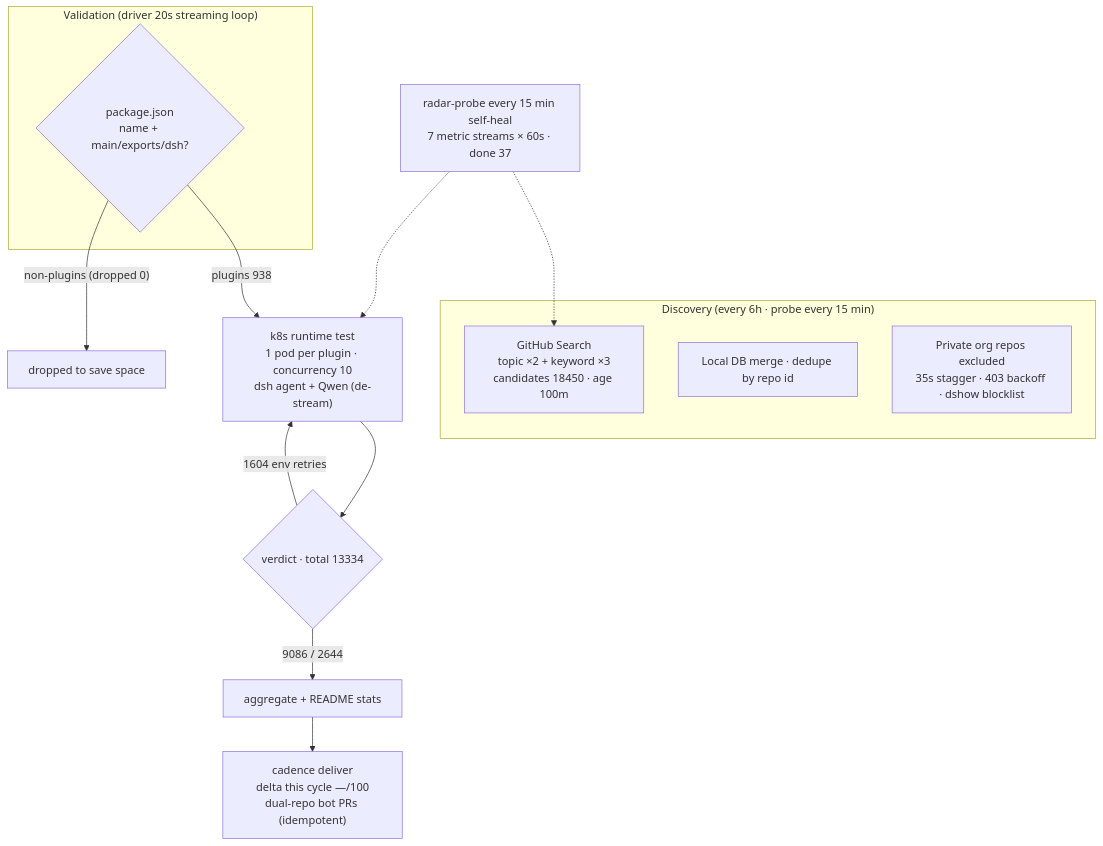
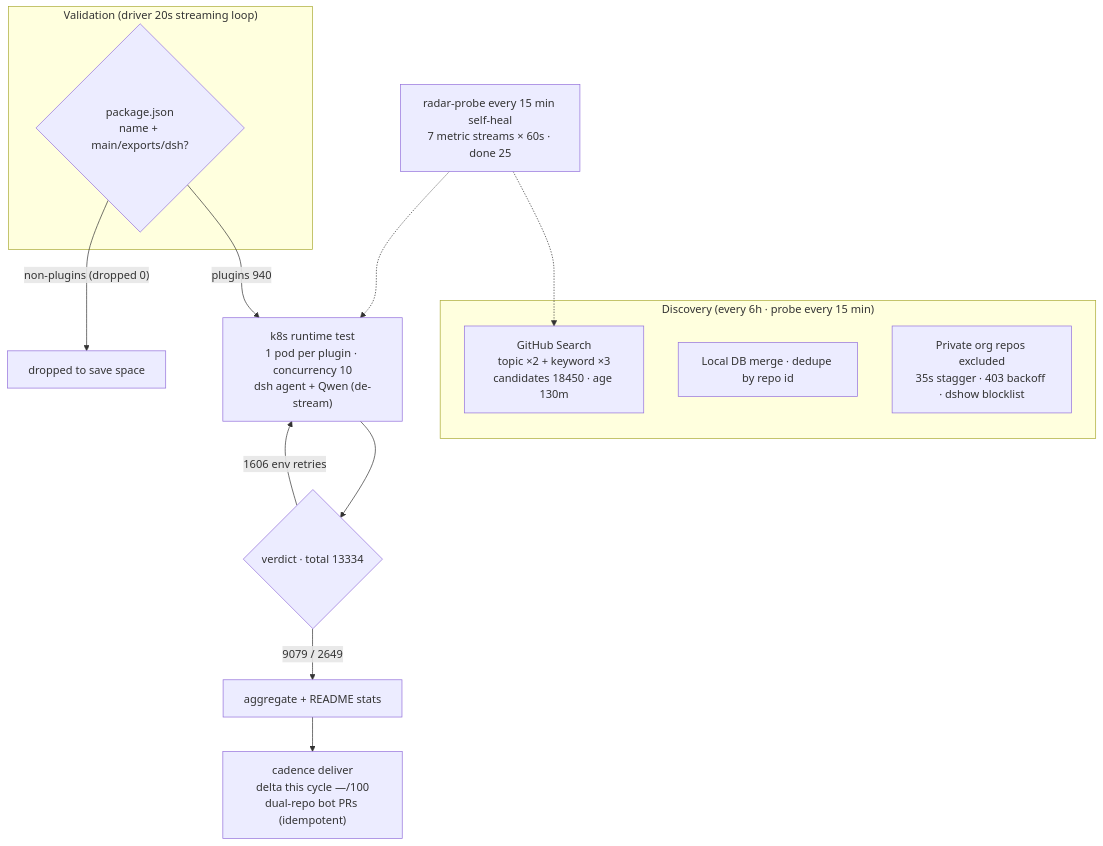
One commit to AdamPlatin123/awesome-dsh-plugins changed the diagram in README.en-US.md. Above: the diagram before and after it, drawn with Mermaid. The commit also changed other lines of this file and 12 other files, not shown here.

````diff
--- a/README.en-US.md
+++ b/README.en-US.md
@@ -45,20 +45,20 @@
 ```mermaid
 flowchart TB
     subgraph Discovery["Discovery (every 6h · probe every 15 min)"]
-        A1["GitHub Search<br/>topic ×2 + keyword ×3<br/>candidates 18450 · age 100m"]
+        A1["GitHub Search<br/>topic ×2 + keyword ×3<br/>candidates 18450 · age 130m"]
         A2["Local DB merge · dedupe by repo id"]
         A3["Private org repos excluded<br/>35s stagger · 403 backoff · dshow blocklist"]
     end
     subgraph Validation["Validation (driver 20s streaming loop)"]
         B1{"package.json<br/>name + main/exports/dsh?"}
     end
-    B1 -->|"plugins 938"| C1["k8s runtime test<br/>1 pod per plugin · concurrency 10<br/>dsh agent + Qwen (de-stream)"]
+    B1 -->|"plugins 940"| C1["k8s runtime test<br/>1 pod per plugin · concurrency 10<br/>dsh agent + Qwen (de-stream)"]
     B1 -->|"non-plugins (dropped 0)"| B3["dropped to save space"]
     C1 --> D1{"verdict · total 13334"}
-    D1 -->|"9086 / 2644"| E1["aggregate + README stats"]
-    D1 -->|"1604 env retries"| C1
+    D1 -->|"9079 / 2649"| E1["aggregate + README stats"]
+    D1 -->|"1606 env retries"| C1
     E1 --> E2["cadence deliver<br/>delta this cycle —/100<br/>dual-repo bot PRs (idempotent)"]
-    M["radar-probe every 15 min self-heal<br/>7 metric streams × 60s · done 37"]
+    M["radar-probe every 15 min self-heal<br/>7 metric streams × 60s · done 25"]
     M -.-> A1
     M -.-> C1
 ```
````
